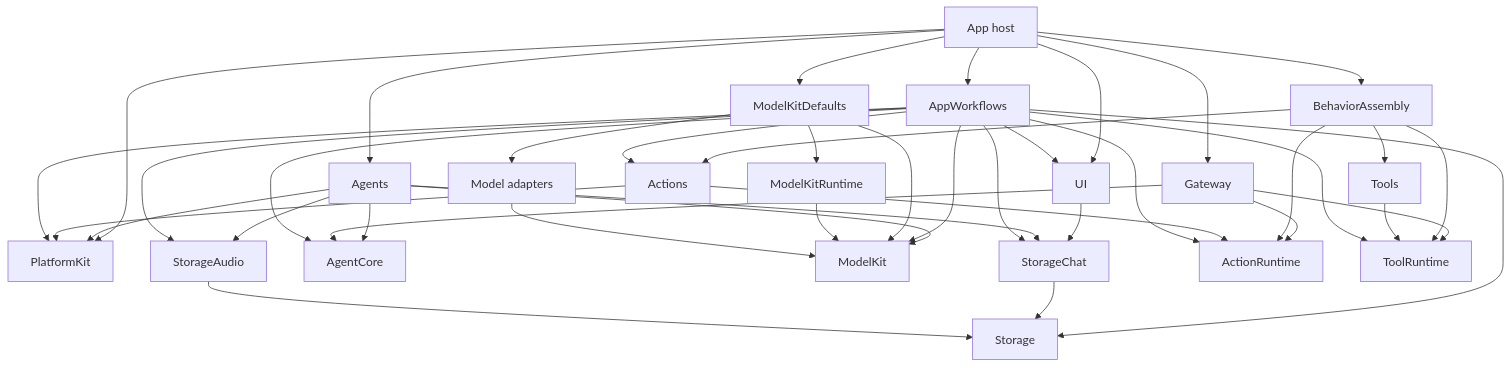
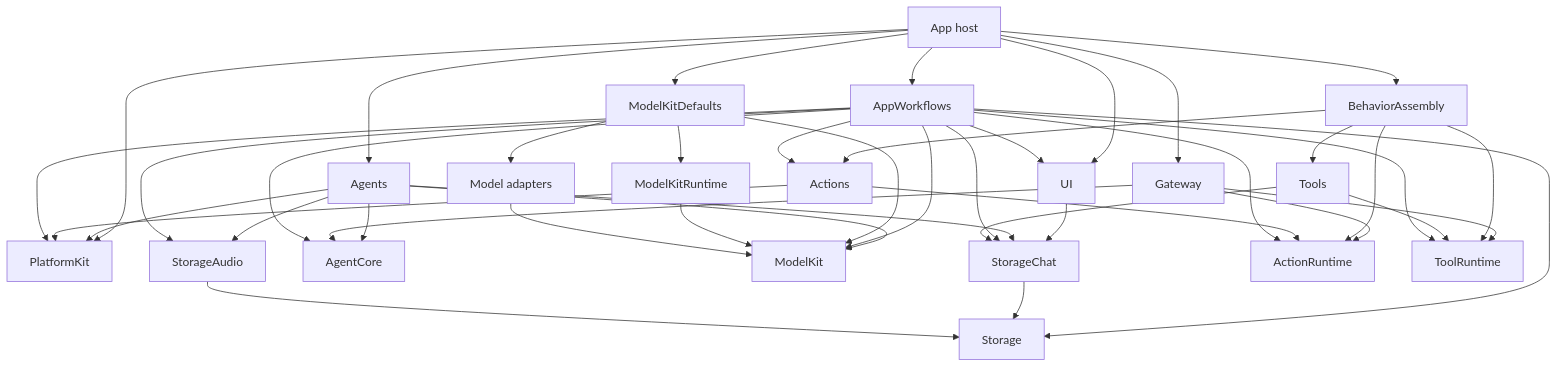
Before and after one commit to devilyouwei/MobileHarness: the third of 15 diagrams in MobileHarness/README.md, drawn with Mermaid. The commit also changed other lines of this file and 30 other files, not shown here.

````diff
--- a/MobileHarness/README.md
+++ b/MobileHarness/README.md
@@ -98,49 +98,50 @@
 ```mermaid
 flowchart TB
     App[App host] --> Agents
     App --> Gateway
     App --> Assembly[BehaviorAssembly]
     App --> Workflows[AppWorkflows]
     App --> Defaults[ModelKitDefaults]
     App --> UI
     App --> PlatformKit
 
     UI --> StorageChat
 
     Agents --> AgentCore
     Agents --> PlatformKit
     Agents --> ModelKit
     Agents --> StorageChat
     Agents --> StorageAudio
 
     Gateway --> AgentCore
     Gateway --> ActionRuntime
     Gateway --> ToolRuntime
 
     Assembly --> Actions
     Assembly --> Tools
     Assembly --> ActionRuntime
     Assembly --> ToolRuntime
     Actions --> ActionRuntime
     Actions --> PlatformKit
     Tools --> ToolRuntime
 
     Workflows --> UI
     Workflows --> Storage
     Workflows --> StorageChat
     Workflows --> StorageAudio
     Workflows --> ModelKit
     Workflows --> PlatformKit
     Workflows --> Actions
     Workflows --> AgentCore
     Workflows --> ActionRuntime
     Workflows --> ToolRuntime
 
+    Tools --> StorageChat
     StorageChat --> Storage
     StorageAudio --> Storage
     Defaults --> ModelKit
     Defaults --> ModelKitRuntime
     Defaults --> Adapters[Model adapters]
     ModelKitRuntime --> ModelKit
     Adapters --> ModelKit
 ```
````
